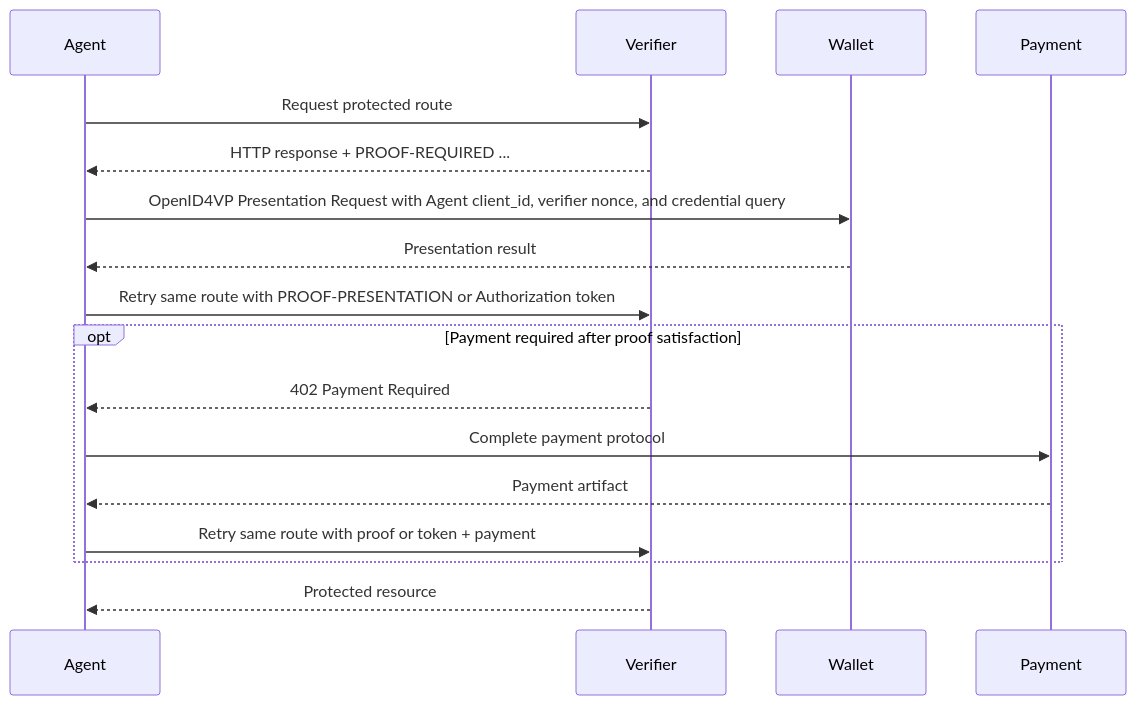
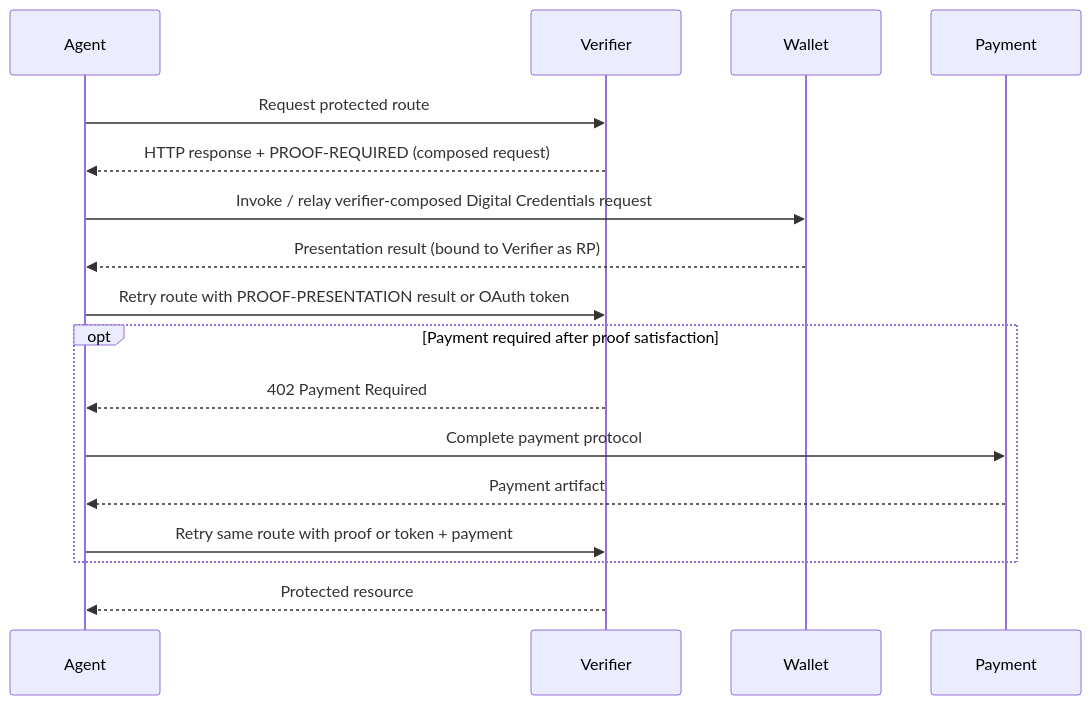
The first of 2 diagrams in spec.md (proof/x401), drawn with Mermaid before and after one commit. The commit also changed other lines of this file and 8 other files, not shown here.

````diff
--- a/spec.md
+++ b/spec.md
@@ -232,19 +236,19 @@
 ```mermaid
 sequenceDiagram
     participant Agent
     participant Verifier
     participant Wallet
     participant Payment
     Agent->>Verifier: Request protected route
-    Verifier-->>Agent: HTTP response + PROOF-REQUIRED ...
-    Agent->>Wallet: OpenID4VP Presentation Request with Agent client_id, verifier nonce, and credential query
-    Wallet-->>Agent: Presentation result
-    Agent->>Verifier: Retry same route with PROOF-PRESENTATION or Authorization token
+    Verifier-->>Agent: HTTP response + PROOF-REQUIRED (composed request)
+    Agent->>Wallet: Invoke / relay verifier-composed Digital Credentials request
+    Wallet-->>Agent: Presentation result (bound to Verifier as RP)
+    Agent->>Verifier: Retry route with PROOF-PRESENTATION result or OAuth token
     opt Payment required after proof satisfaction
         Verifier-->>Agent: 402 Payment Required
         Agent->>Payment: Complete payment protocol
         Payment-->>Agent: Payment artifact
         Agent->>Verifier: Retry same route with proof or token + payment
     end
     Verifier-->>Agent: Protected resource
 ```
````
